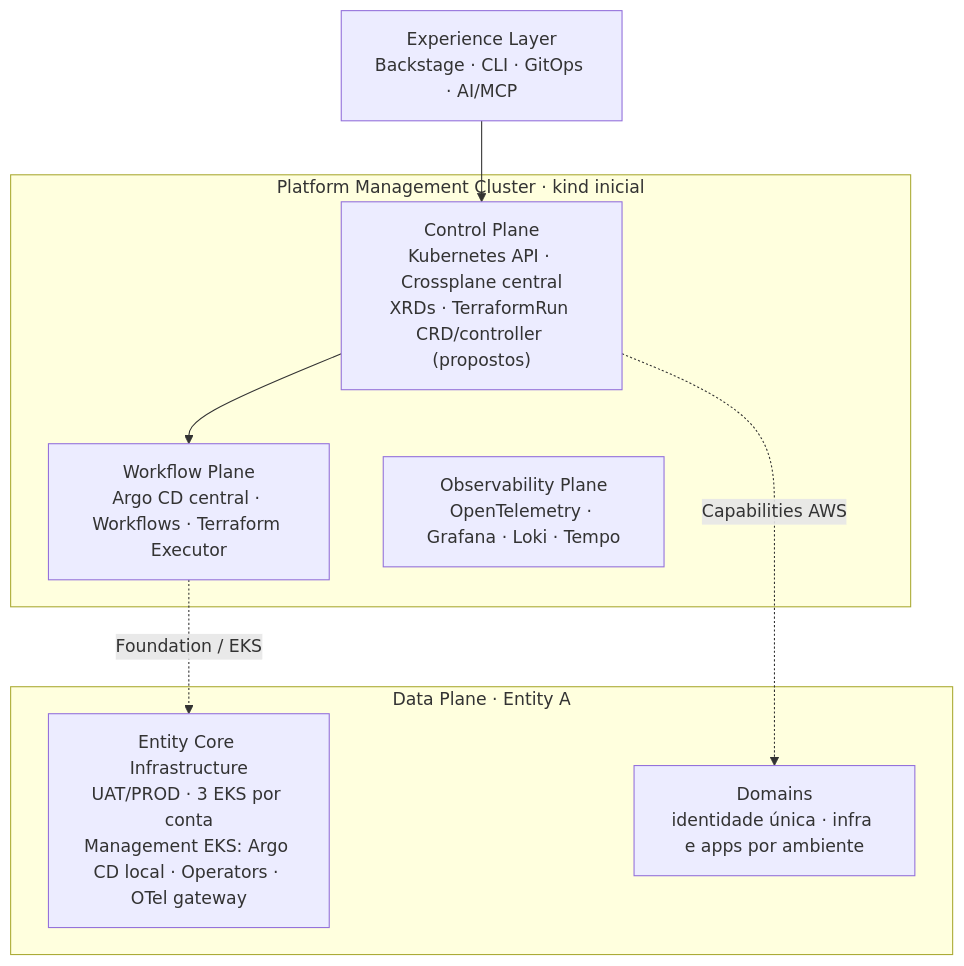
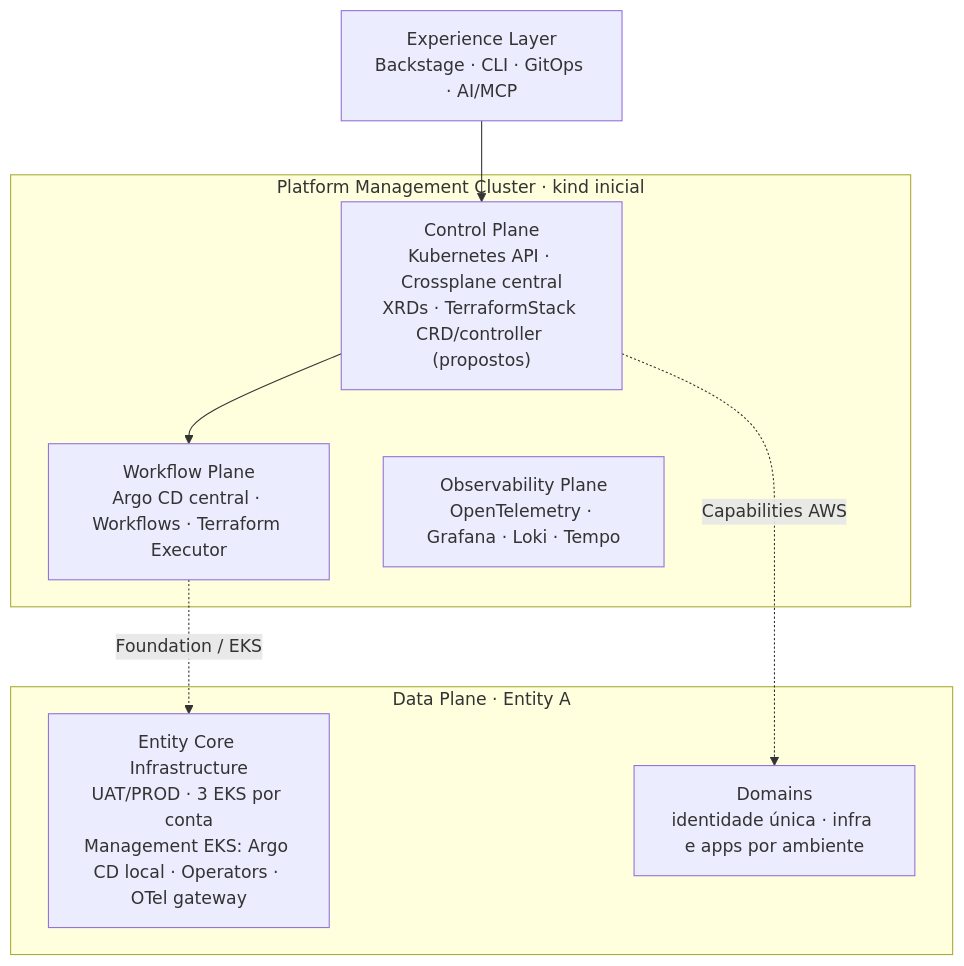
Before and after one commit to DavidFerreira21/platform-engineering-poc: the diagram in README.md, drawn with Mermaid. The commit also changed other lines of this file, not shown here.

Commit message:
docs: alinhar referencias ao TerraformStack e as tres etapas da POC

````diff
--- a/README.md
+++ b/README.md
@@ -27,17 +27,17 @@
 ```mermaid
 flowchart TB
   E["Experience Layer<br/>Backstage · CLI · GitOps · AI/MCP"]
   subgraph HUB["Platform Management Cluster · kind inicial"]
-    C["Control Plane<br/>Kubernetes API · Crossplane central<br/>XRDs · TerraformRun CRD/controller (propostos)"]
+    C["Control Plane<br/>Kubernetes API · Crossplane central<br/>XRDs · TerraformStack CRD/controller (propostos)"]
     W["Workflow Plane<br/>Argo CD central · Workflows · Terraform Executor"]
     O["Observability Plane<br/>OpenTelemetry · Grafana · Loki · Tempo"]
   end
   subgraph D["Data Plane · Entity A"]
     CORE["Entity Core Infrastructure<br/>UAT/PROD · 3 EKS por conta<br/>Management EKS: Argo CD local · Operators · OTel gateway"]
     DOM["Domains<br/>identidade única · infra e apps por ambiente"]
   end
   E --> C
   C --> W
   C -. "Capabilities AWS" .-> DOM
   W -. "Foundation / EKS" .-> CORE
 ```
````
